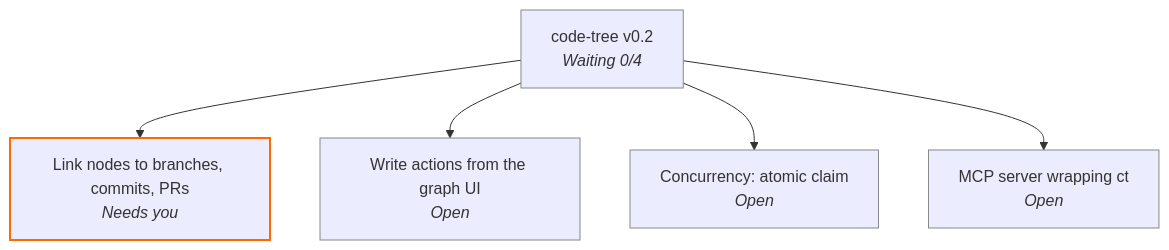
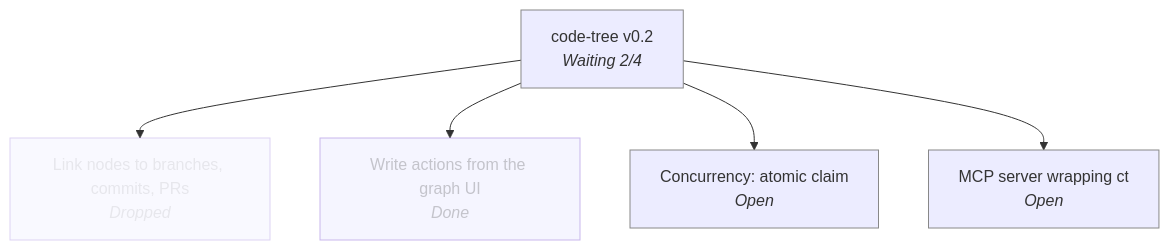
The diagram in .tree/GRAPH.md (Andree37/code-tree), drawn with Mermaid before and after one commit. The commit also changed other lines of this file and 3 other files, not shown here.

Commit message:
chore: close page actions and drop commit-trailer idea in project tree

````diff
--- a/.tree/GRAPH.md
+++ b/.tree/GRAPH.md
@@ -22,20 +32,20 @@
 ```mermaid
 graph TD
-  n0["code-tree v0.2<br/><i>Waiting 0/4</i>"]:::waiting
-  n1["Link nodes to branches, commits, PRs<br/><i>Needs you</i>"]:::needsyou
-  n2["Write actions from the graph UI<br/><i>Open</i>"]:::open
+  n0["code-tree v0.2<br/><i>Waiting 2/4</i>"]:::waiting
+  n1["Link nodes to branches, commits, PRs<br/><i>Dropped</i>"]:::dropped
+  n2["Write actions from the graph UI<br/><i>Done</i>"]:::done
   n3["Concurrency: atomic claim<br/><i>Open</i>"]:::open
   n4["MCP server wrapping ct<br/><i>Open</i>"]:::open
   n0 --> n1
   n0 --> n2
   n0 --> n3
   n0 --> n4
   classDef waiting stroke:#888
   classDef open stroke:#888
   classDef working stroke:#4a90d9,stroke-width:2px
   classDef needsyou stroke:#ff6a00,stroke-width:2px
   classDef ready stroke:#ff6a00,stroke-width:2px
   classDef stale stroke:#d93f3f,stroke-width:2px,stroke-dasharray:4
   classDef done opacity:0.5
   classDef dropped opacity:0.3
 ```
````
